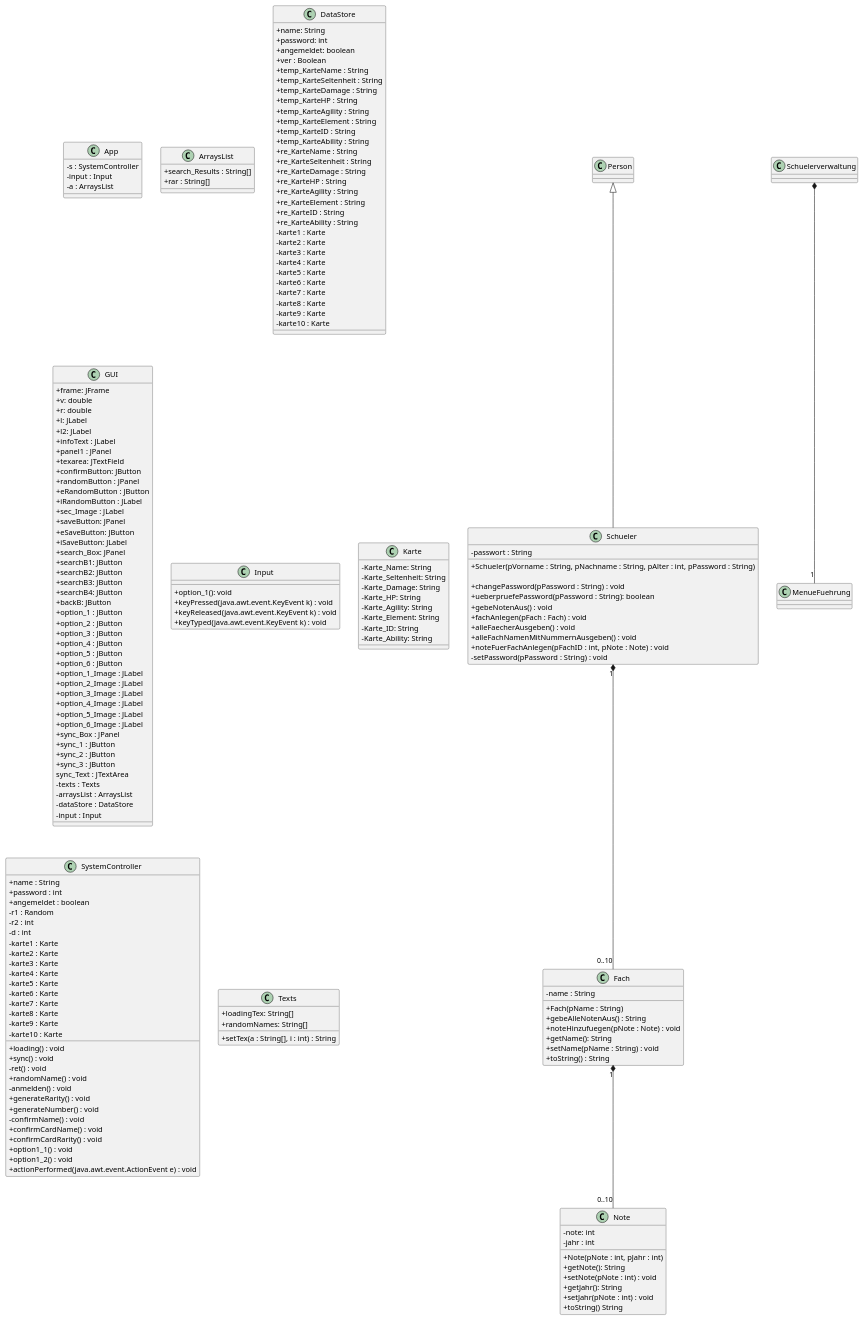
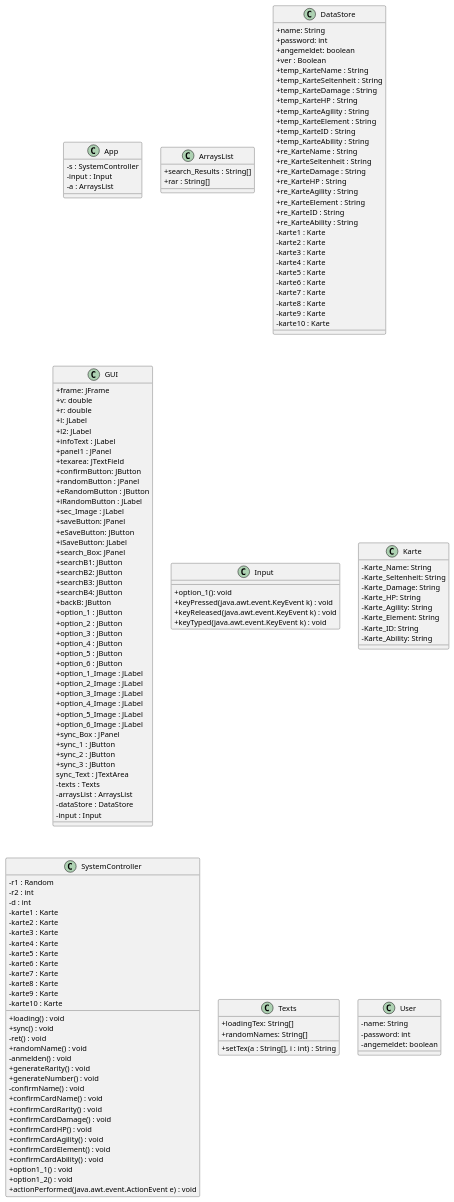
The diagram in Docs/Pflichtenheft/Diagramme/Klassendiagramme.iuml (teach404W/Verwaltungssoftware_Team_2), drawn with PlantUML before and after one commit.

```diff
--- a/Docs/Pflichtenheft/Diagramme/Klassendiagramme.iuml
+++ b/Docs/Pflichtenheft/Diagramme/Klassendiagramme.iuml
@@ -118,9 +118,6 @@
 }
 
 class SystemController{
-+name : String
-+password : int
-+angemeldet : boolean
 -r1 : Random
 -r2 : int
 -d : int
@@ -144,6 +141,11 @@
  -confirmName() : void
  +confirmCardName() : void
  +confirmCardRarity() : void
+ +confirmCardDamage() : void
+ +confirmCardHP() : void
+ +confirmCardAgility() : void
+ +confirmCardElement() : void
+ +confirmCardAbility() : void
  +option1_1() : void
  +option1_2() : void
  +actionPerformed(java.awt.event.ActionEvent e) : void
@@ -156,51 +158,12 @@
 +setTex(a : String[], i : int) : String
 }
 
-
-
-class Fach{
- -name : String
- +Fach(pName : String)
- +gebeAlleNotenAus() : String
- +noteHinzufuegen(pNote : Note) : void
- +getName(): String
- +setName(pName : String) : void
- +toString() : String
-}
-
-class Note{
- -note: int
- -jahr : int
- +Note(pNote : int, pJahr : int)
- +getNote(): String
- +setNote(pNote : int) : void
- +getJahr(): String
- +setJahr(pNote : int) : void
- +toString() String
+class User{
+ -name: String
+ -password: int
+ -angemeldet: boolean
 }
 
 
 
-
-class Schueler{
-  -passwort : String
-
-  +Schueler(pVorname : String, pNachname : String, pAlter : int, pPassword : String)
-  
-  +changePassword(pPassword : String) : void
-  +ueberpruefePassword(pPassword : String): boolean
-  +gebeNotenAus() : void
-  + fachAnlegen(pFach : Fach) : void
-  +alleFaecherAusgeben() : void
-  +alleFachNamenMitNummernAusgeben() : void
-  +noteFuerFachAnlegen(pFachID : int, pNote : Note) : void
-  -setPassword(pPassword : String) : void
-}
-
-
-Fach "1" *-- "0..10" Note
-Schuelerverwaltung  *-- "1" MenueFuehrung
-Schueler "1" *-- "0..10" Fach
-Person <|-- Schueler
-
 @enduml
```
